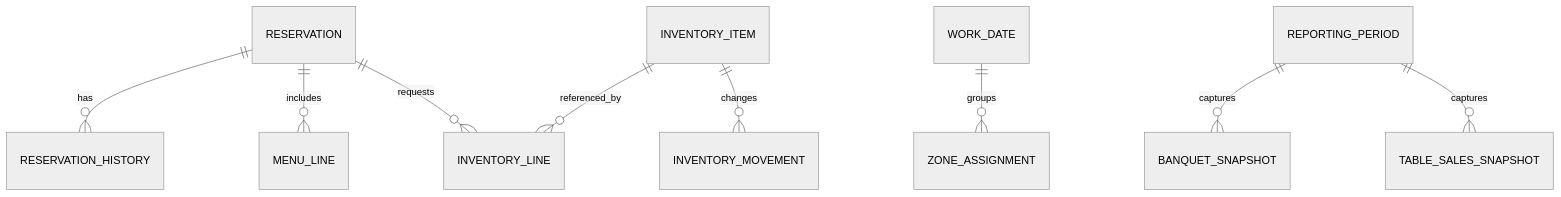
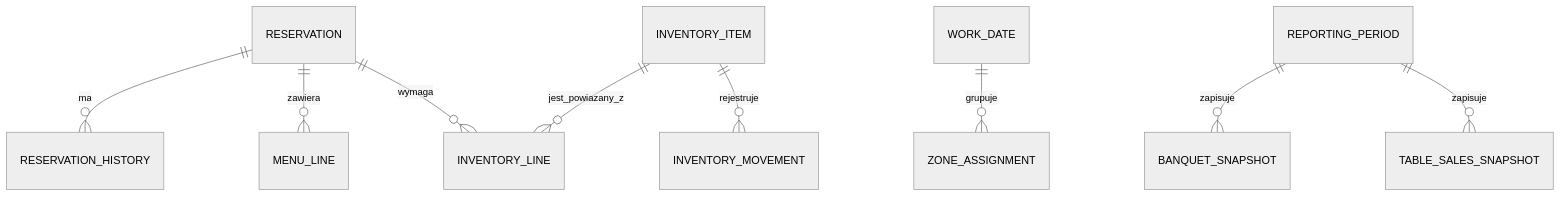
Before and after one commit to 221Studios/KidsOffice: the second of 2 diagrams in docs/architecture.md, drawn with Mermaid (neutral theme). The commit also changed other lines of this file and 3 other files, not shown here.

````diff
--- a/docs/architecture.md
+++ b/docs/architecture.md
@@ -33,11 +33,11 @@
 ```mermaid
 erDiagram
-    RESERVATION ||--o{ RESERVATION_HISTORY : has
-    RESERVATION ||--o{ MENU_LINE : includes
-    RESERVATION ||--o{ INVENTORY_LINE : requests
-    INVENTORY_ITEM ||--o{ INVENTORY_LINE : referenced_by
-    INVENTORY_ITEM ||--o{ INVENTORY_MOVEMENT : changes
-    WORK_DATE ||--o{ ZONE_ASSIGNMENT : groups
-    REPORTING_PERIOD ||--o{ BANQUET_SNAPSHOT : captures
-    REPORTING_PERIOD ||--o{ TABLE_SALES_SNAPSHOT : captures
+    RESERVATION ||--o{ RESERVATION_HISTORY : ma
+    RESERVATION ||--o{ MENU_LINE : zawiera
+    RESERVATION ||--o{ INVENTORY_LINE : wymaga
+    INVENTORY_ITEM ||--o{ INVENTORY_LINE : jest_powiazany_z
+    INVENTORY_ITEM ||--o{ INVENTORY_MOVEMENT : rejestruje
+    WORK_DATE ||--o{ ZONE_ASSIGNMENT : grupuje
+    REPORTING_PERIOD ||--o{ BANQUET_SNAPSHOT : zapisuje
+    REPORTING_PERIOD ||--o{ TABLE_SALES_SNAPSHOT : zapisuje
 ```
````
